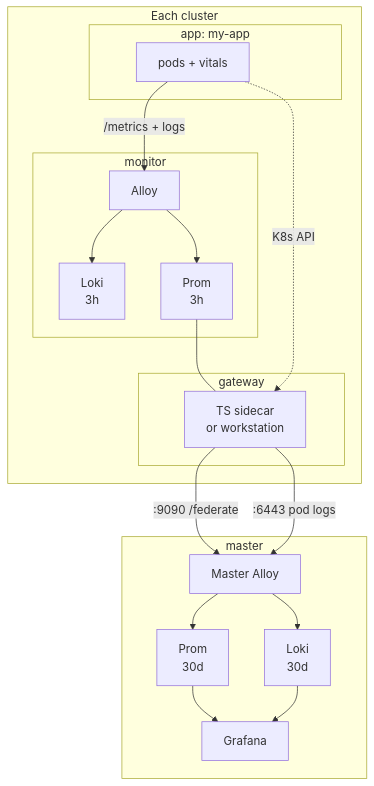
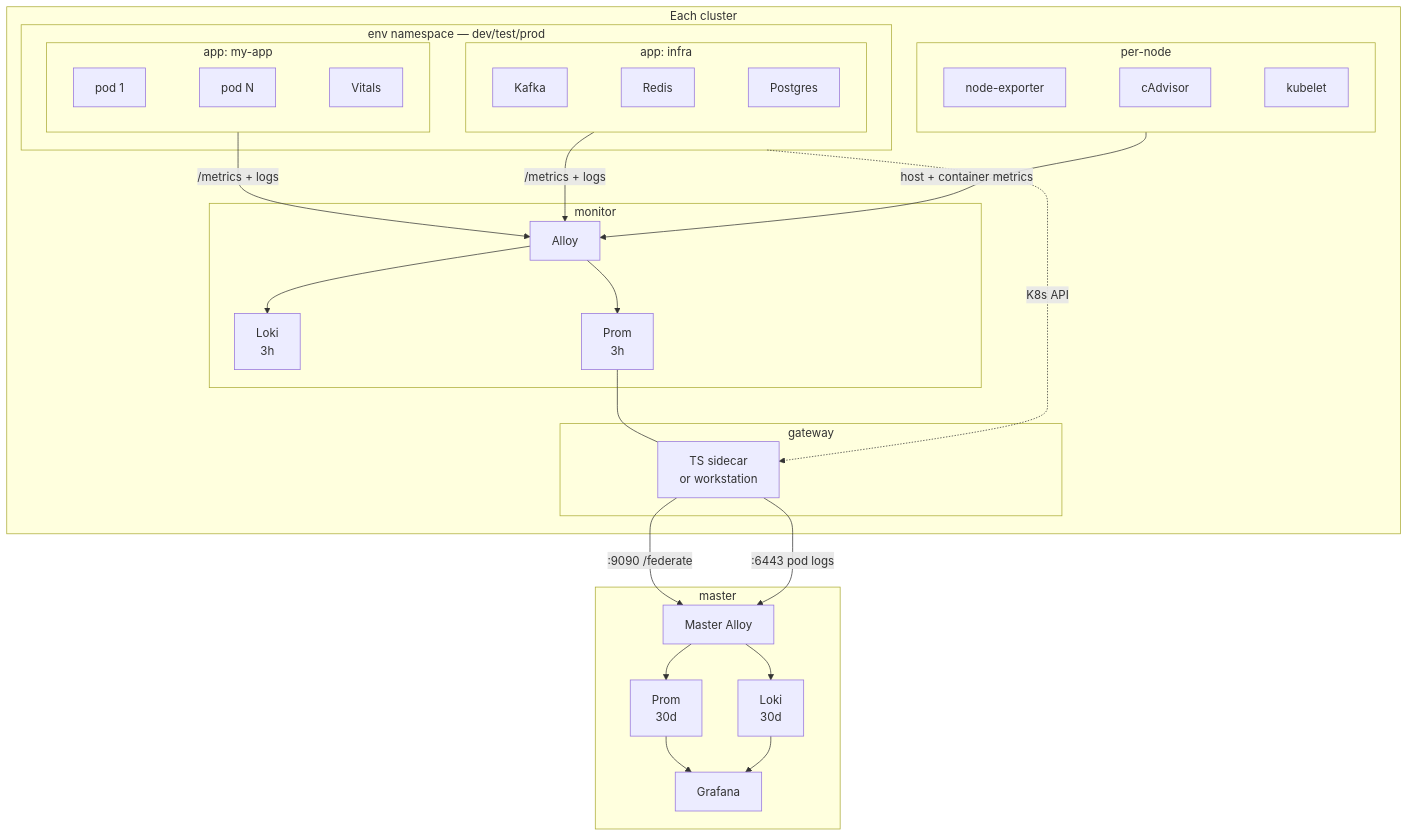
The fourth of 4 diagrams in docs/infrastructure.md (Kord96/kordinate), drawn with Mermaid before and after one commit.

Commit message:
docs: full cluster data flow — app, infra, per-node tiers [scribe]
Show three input tiers: app pods + vitals (observability contract),
infra services (Kafka, Redis, Postgres), and per-node sources
(node-exporter, cAdvisor, kubelet). Preserves K8s API dotted link,
federation port labels, and Prom→gateway connection from previous.

````diff
--- a/docs/infrastructure.md
+++ b/docs/infrastructure.md
@@ -97,28 +97,47 @@
 ```mermaid
 flowchart TB
     subgraph cluster[Each cluster]
-        subgraph app["app: my-app"]
-            PODS[pods + vitals]
+        subgraph env[env namespace — dev/test/prod]
+            subgraph myapp["app: my-app"]
+                P1[pod 1]
+                PN[pod N]
+                VIT[Vitals]
+                P1 ~~~ PN ~~~ VIT
+            end
+            subgraph infra["app: infra"]
+                KF[Kafka]
+                RD[Redis]
+                PG[Postgres]
+                KF ~~~ RD ~~~ PG
+            end
+        end
+
+        subgraph nodes[per-node]
+            NE[node-exporter]
+            CA[cAdvisor]
+            KL[kubelet]
+            NE ~~~ CA ~~~ KL
         end
 
         subgraph mon[monitor]
-            AL[Alloy] --> L[Loki<br/>3h] & P[Prom<br/>3h]
+            AL[Alloy] --> LK[Loki<br/>3h] & PR[Prom<br/>3h]
         end
 
         subgraph gw[gateway]
             GWT[TS sidecar<br/>or workstation]
         end
 
-        PODS -->|/metrics + logs| AL
-        P --- GWT
-        PODS -.->|K8s API| GWT
+        myapp & infra -->|/metrics + logs| AL
+        nodes -->|host + container metrics| AL
+        PR --- GWT
+        env -.->|K8s API| GWT
     end
 
     GWT -->|:9090 /federate| MA
     GWT -->|:6443 pod logs| MA
 
     subgraph master[master]
         MA[Master Alloy] --> ML[Loki<br/>30d] & MP[Prom<br/>30d]
         MP & ML --> G[Grafana]
     end
 ```
````
